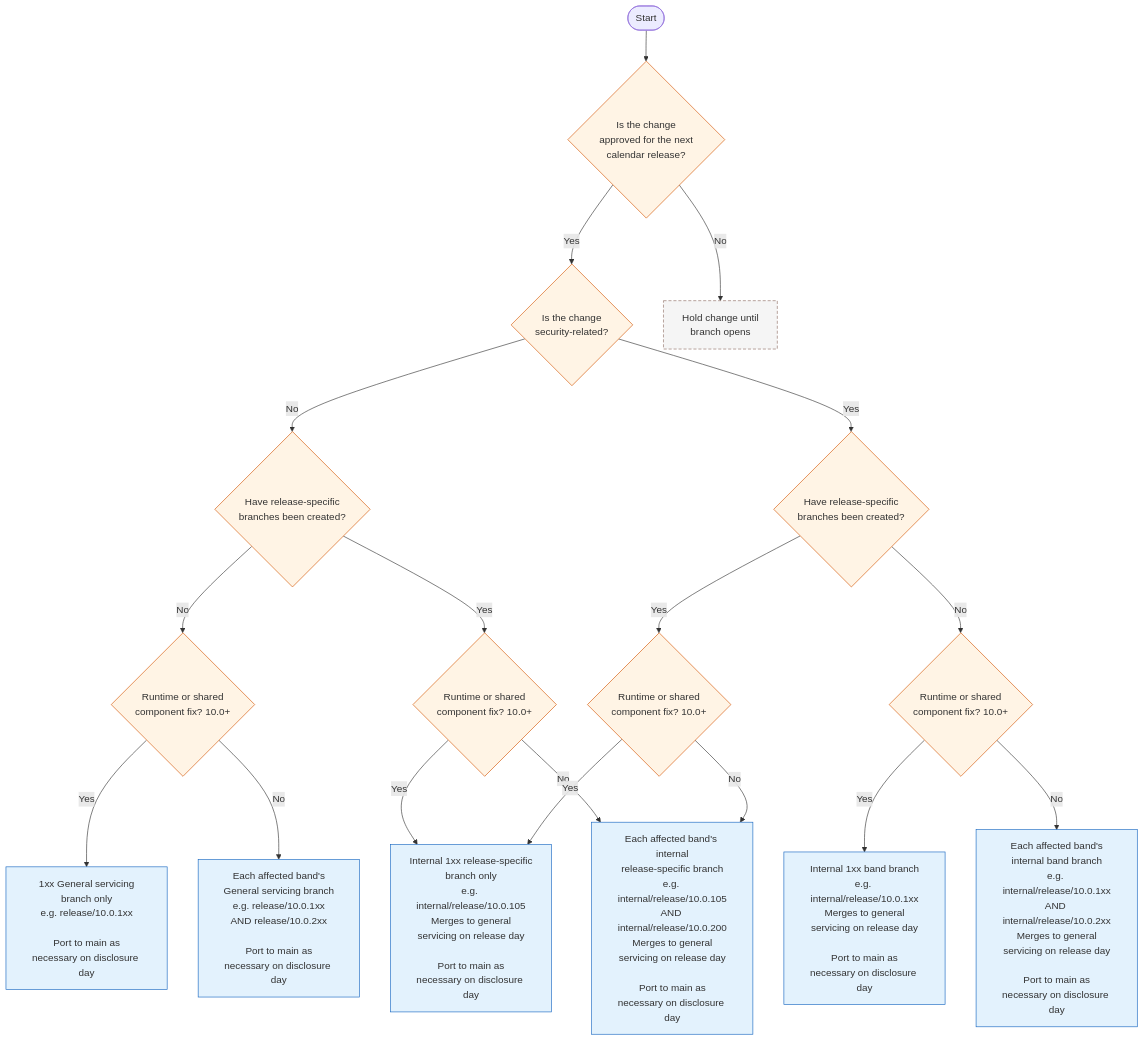
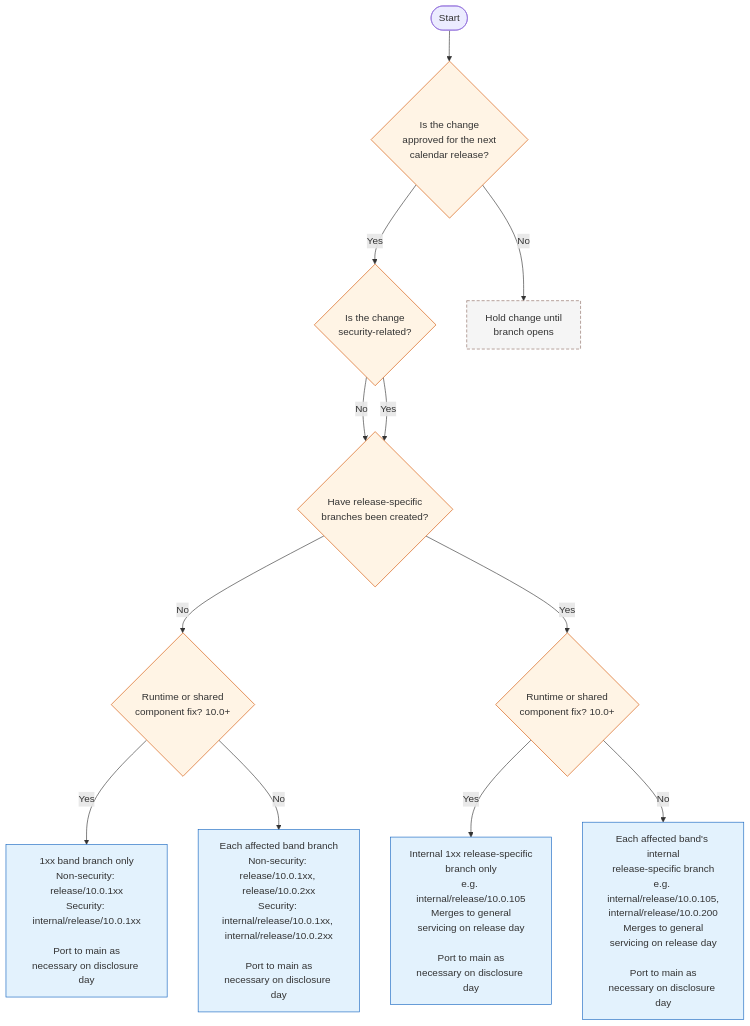
Before and after one commit to dotnet/dotnet: the third of 3 diagrams in docs/VMR-Change-Target-Guide.md, drawn with Mermaid.

Commit message:
docs: deduplicate servicing diagram to 4 end nodes
Collapse the 6 end nodes and 4 duplicate decision diamonds into a single
shared releaseCut diamond and 4 end nodes keyed on (cut vs. no-cut) ×
(runtime/shared vs. SDK/band). The security distinction is now captured
within the no-cut end nodes, which list both the public general-servicing
and internal band-branch targets.

Agent-Logs-Url: https://github.com/dotnet/dotnet/sessions/3571094c-7858-498b-9a13-18add27c882e

````diff
--- a/docs/VMR-Change-Target-Guide.md
+++ b/docs/VMR-Change-Target-Guide.md
@@ -137,53 +137,39 @@
 ```mermaid
 flowchart TD
     classDef decision fill:#fff4e5,stroke:#d35400,stroke-width:1px;
     classDef action fill:#e3f2fd,stroke:#1565c0,stroke-width:1px;
     classDef wait fill:#f5f5f5,stroke:#8d6e63,stroke-dasharray:5 3;
 
     start([Start])
     approved{Is the change<br/>approved for the next<br/>calendar release?}
     security{Is the change<br/>security-related?}
-    releaseCutNonSec{Have release-specific<br/>branches been created?}
-    releaseCutSec{Have release-specific<br/>branches been created?}
-    componentTypeNonSecNoCut{Runtime or shared<br/>component fix? 10.0+}
-    componentTypeNonSecCut{Runtime or shared<br/>component fix? 10.0+}
-    componentTypeSecNoCut{Runtime or shared<br/>component fix? 10.0+}
-    componentTypeSecCut{Runtime or shared<br/>component fix? 10.0+}
+    releaseCut{Have release-specific<br/>branches been created?}
+    componentTypeNoCut{Runtime or shared<br/>component fix? 10.0+}
+    componentTypeCut{Runtime or shared<br/>component fix? 10.0+}
 
-    generalServicing1xx["1xx General servicing<br/>branch only<br/>e.g. release/10.0.1xx<br/><br/>Port to main as<br/>necessary on disclosure day"]
-    generalServicingAllBands["Each affected band's<br/>General servicing branch<br/>e.g. release/10.0.1xx<br/>AND release/10.0.2xx<br/><br/>Port to main as<br/>necessary on disclosure day"]
-    internalSpecific1xx["Internal 1xx release-specific<br/>branch only<br/>e.g. internal/release/10.0.105<br/>Merges to general<br/>servicing on release day<br/><br/>Port to main as<br/>necessary on disclosure day"]
-    internalSpecificAllBands["Each affected band's internal<br/>release-specific branch<br/>e.g. internal/release/10.0.105<br/>AND internal/release/10.0.200<br/>Merges to general<br/>servicing on release day<br/><br/>Port to main as<br/>necessary on disclosure day"]
-    internalGeneral1xx["Internal 1xx band branch<br/>e.g. internal/release/10.0.1xx<br/>Merges to general<br/>servicing on release day<br/><br/>Port to main as<br/>necessary on disclosure day"]
-    internalGeneralAllBands["Each affected band's<br/>internal band branch<br/>e.g. internal/release/10.0.1xx<br/>AND internal/release/10.0.2xx<br/>Merges to general<br/>servicing on release day<br/><br/>Port to main as<br/>necessary on disclosure day"]
+    endNoCutRuntime["1xx band branch only<br/>Non-security: release/10.0.1xx<br/>Security: internal/release/10.0.1xx<br/><br/>Port to main as<br/>necessary on disclosure day"]
+    endNoCutSDK["Each affected band branch<br/>Non-security: release/10.0.1xx, release/10.0.2xx<br/>Security: internal/release/10.0.1xx, internal/release/10.0.2xx<br/><br/>Port to main as<br/>necessary on disclosure day"]
+    endCutRuntime["Internal 1xx release-specific<br/>branch only<br/>e.g. internal/release/10.0.105<br/>Merges to general<br/>servicing on release day<br/><br/>Port to main as<br/>necessary on disclosure day"]
+    endCutSDK["Each affected band's internal<br/>release-specific branch<br/>e.g. internal/release/10.0.105,<br/>internal/release/10.0.200<br/>Merges to general<br/>servicing on release day<br/><br/>Port to main as<br/>necessary on disclosure day"]
     holdChange["Hold change until<br/>branch opens"]
 
     start --> approved
     approved -- "No" --> holdChange
     approved -- "Yes" --> security
 
-    security -- "No" --> releaseCutNonSec
-    security -- "Yes" --> releaseCutSec
+    security -- "No" --> releaseCut
+    security -- "Yes" --> releaseCut
 
-    releaseCutNonSec -- "No" --> componentTypeNonSecNoCut
-    releaseCutNonSec -- "Yes" --> componentTypeNonSecCut
+    releaseCut -- "No" --> componentTypeNoCut
+    releaseCut -- "Yes" --> componentTypeCut
 
-    componentTypeNonSecNoCut -- "Yes" --> generalServicing1xx
-    componentTypeNonSecNoCut -- "No" --> generalServicingAllBands
+    componentTypeNoCut -- "Yes" --> endNoCutRuntime
+    componentTypeNoCut -- "No" --> endNoCutSDK
 
-    componentTypeNonSecCut -- "Yes" --> internalSpecific1xx
-    componentTypeNonSecCut -- "No" --> internalSpecificAllBands
+    componentTypeCut -- "Yes" --> endCutRuntime
+    componentTypeCut -- "No" --> endCutSDK
 
-    releaseCutSec -- "No" --> componentTypeSecNoCut
-    releaseCutSec -- "Yes" --> componentTypeSecCut
-
-    componentTypeSecNoCut -- "Yes" --> internalGeneral1xx
-    componentTypeSecNoCut -- "No" --> internalGeneralAllBands
-
-    componentTypeSecCut -- "Yes" --> internalSpecific1xx
-    componentTypeSecCut -- "No" --> internalSpecificAllBands
-
-    class approved,security,releaseCutNonSec,releaseCutSec,componentTypeNonSecNoCut,componentTypeNonSecCut,componentTypeSecNoCut,componentTypeSecCut decision;
-    class generalServicing1xx,generalServicingAllBands,internalSpecific1xx,internalSpecificAllBands,internalGeneral1xx,internalGeneralAllBands action;
+    class approved,security,releaseCut,componentTypeNoCut,componentTypeCut decision;
+    class endNoCutRuntime,endNoCutSDK,endCutRuntime,endCutSDK action;
     class holdChange wait;
 ```
````
